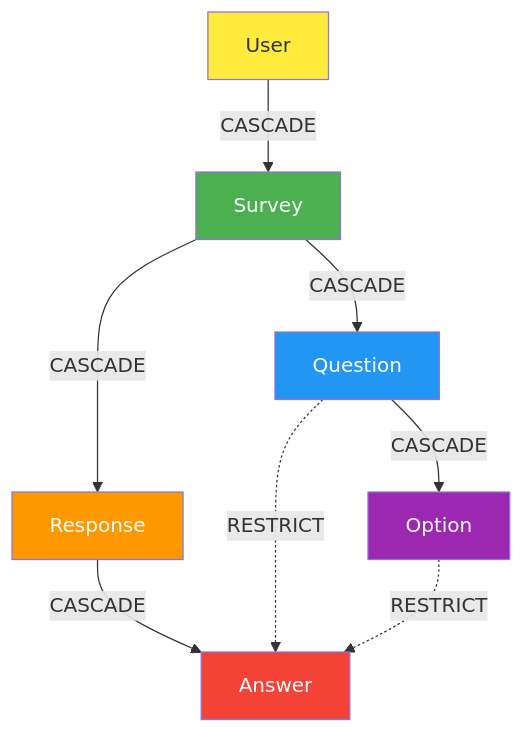
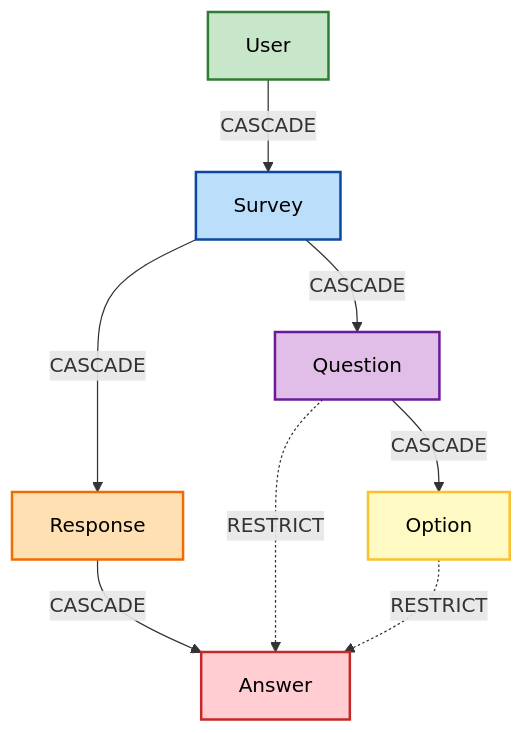
One commit to gabrigabs/public-polls-app changed the ninth of 10 diagrams in docs/03-modelo-dados.md. Above: the diagram before and after it, drawn with Mermaid. The commit also changed other lines of this file and 6 other files, not shown here.

Commit message:
docs: standardize and improve mermaid diagrams readability

````diff
--- a/docs/03-modelo-dados.md
+++ b/docs/03-modelo-dados.md
@@ -286,17 +286,25 @@
 ```mermaid
 graph TD
     U[User] -->|CASCADE| S[Survey]
     S -->|CASCADE| Q[Question]
     Q -->|CASCADE| O[Option]
     S -->|CASCADE| R[Response]
     R -->|CASCADE| A[Answer]
     Q -.->|RESTRICT| A
     O -.->|RESTRICT| A
 
-    style U fill:#ffeb3b
-    style S fill:#4caf50,color:#fff
-    style Q fill:#2196f3,color:#fff
-    style O fill:#9c27b0,color:#fff
-    style R fill:#ff9800,color:#fff
-    style A fill:#f44336,color:#fff
+    %% Styling
+    classDef u fill:#c8e6c9,stroke:#2e7d32,color:#000,stroke-width:2px;
+    classDef s fill:#bbdefb,stroke:#0d47a1,color:#000,stroke-width:2px;
+    classDef q fill:#e1bee7,stroke:#6a1b9a,color:#000,stroke-width:2px;
+    classDef o fill:#fff9c4,stroke:#fbc02d,color:#000,stroke-width:2px;
+    classDef r fill:#ffe0b2,stroke:#ef6c00,color:#000,stroke-width:2px;
+    classDef a fill:#ffcdd2,stroke:#c62828,color:#000,stroke-width:2px;
+
+    class U u;
+    class S s;
+    class Q q;
+    class O o;
+    class R r;
+    class A a;
 ```
````
